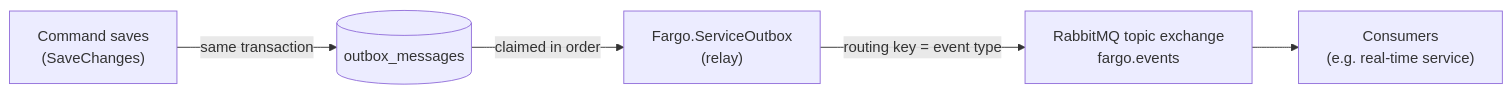
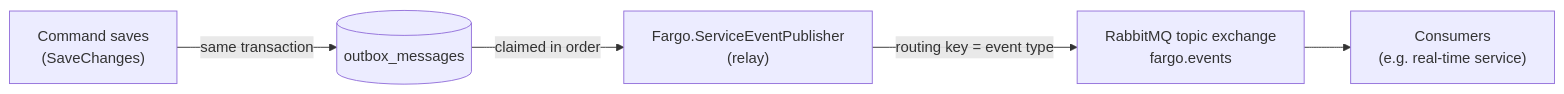
Before and after one commit to silvestrinigor/Fargo: the diagram in docs/server/integration-events.md, drawn with Mermaid. The commit also changed other lines of this file and 28 other files, not shown here.

Commit message:
backgroud moved from project and project rename service event publisher

````diff
--- a/docs/server/integration-events.md
+++ b/docs/server/integration-events.md
@@ -14,13 +14,13 @@
 ```mermaid
 flowchart LR
     Save["Command saves<br/>(SaveChanges)"]
     Outbox[("outbox_messages")]
-    Relay["Fargo.ServiceOutbox<br/>(relay)"]
+    Relay["Fargo.ServiceEventPublisher<br/>(relay)"]
     Exchange["RabbitMQ topic exchange<br/>fargo.events"]
     Consumers["Consumers<br/>(e.g. real-time service)"]
 
     Save -->|same transaction| Outbox
     Outbox -->|claimed in order| Relay
     Relay -->|routing key = event type| Exchange
     Exchange --> Consumers
 ```
````
